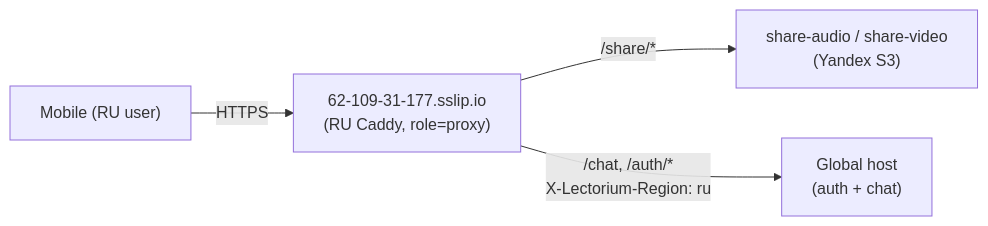
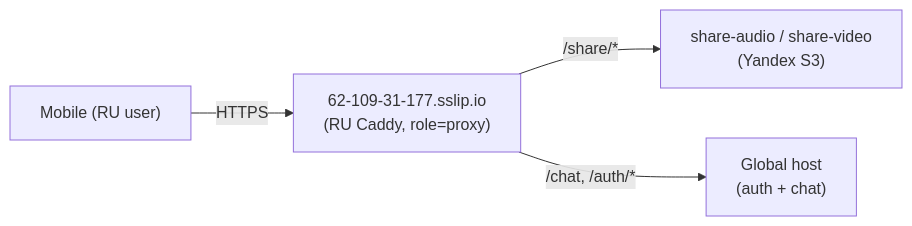
One commit to jiva-studio/shruti changed the diagram in infra/app/README.md. Above: the diagram before and after it, drawn with Mermaid. The commit also changed other lines of this file and 26 other files, not shown here.

First line of the commit message:
chore(chat): remove the X-Lectorium-Region PII gate

````diff
--- a/infra/app/README.md
+++ b/infra/app/README.md
@@ -59,11 +62,11 @@
 ```mermaid
 flowchart LR
     Mobile["Mobile (RU user)"]
     RUCaddy["62-109-31-177.sslip.io<br/>(RU Caddy, role=proxy)"]
     ShareLocal["share-audio / share-video<br/>(Yandex S3)"]
     Global["Global host<br/>(auth + chat)"]
 
     Mobile -->|HTTPS| RUCaddy
     RUCaddy -->|"/share/*"| ShareLocal
-    RUCaddy -->|"/chat, /auth/*<br/>X-Lectorium-Region: ru"| Global
+    RUCaddy -->|"/chat, /auth/*"| Global
 ```
````
